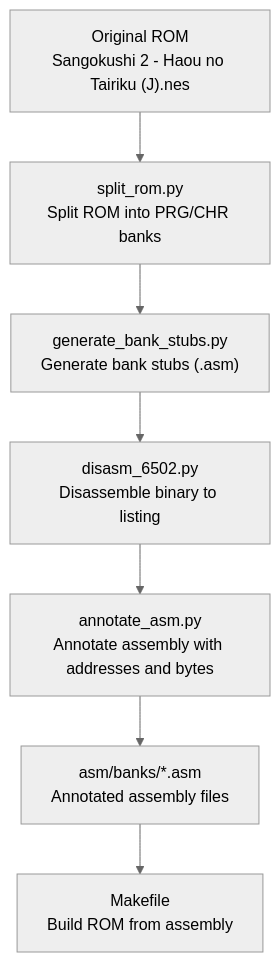
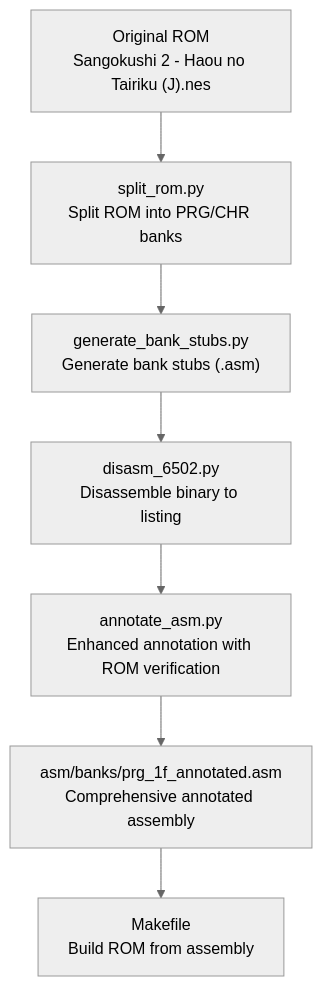
The first of 5 diagrams in .qoder/repowiki/en/content/Build System and Tools/Code Annotation and Documentation Tools.md (rabbyzero/sango2dasm), drawn with Mermaid (neutral theme) before and after one commit. The commit also changed other lines of this file and 5 other files, not shown here.

Commit message:
regenerate prg_1f.asm with full binary code comment.

````diff
--- a/.qoder/repowiki/en/content/Build System and Tools/Code Annotation and Documentation Tools.md
+++ b/.qoder/repowiki/en/content/Build System and Tools/Code Annotation and Documentation Tools.md
@@ -39,11 +48,11 @@
 ```mermaid
 graph TB
 ROM["Original ROM<br/>Sangokushi 2 - Haou no Tairiku (J).nes"]
 SPLIT["split_rom.py<br/>Split ROM into PRG/CHR banks"]
 STUBS["generate_bank_stubs.py<br/>Generate bank stubs (.asm)"]
 DISASM["disasm_6502.py<br/>Disassemble binary to listing"]
-ANNOTATE["annotate_asm.py<br/>Annotate assembly with addresses and bytes"]
-ASM_BANKS["asm/banks/*.asm<br/>Annotated assembly files"]
+ANNOTATE["annotate_asm.py<br/>Enhanced annotation with ROM verification"]
+ASM_BANKS["asm/banks/prg_1f_annotated.asm<br/>Comprehensive annotated assembly"]
 BUILD["Makefile<br/>Build ROM from assembly"]
 ROM --> SPLIT --> STUBS --> DISASM --> ANNOTATE --> ASM_BANKS --> BUILD
 ```
````
